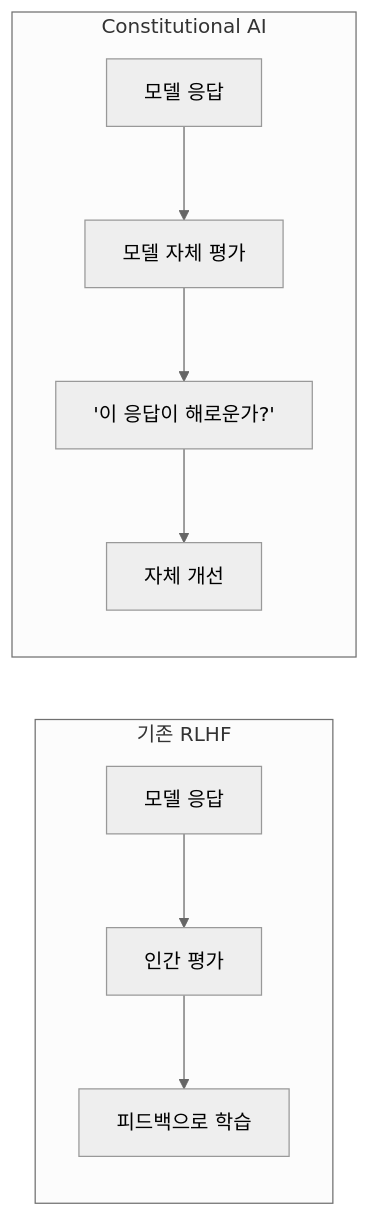
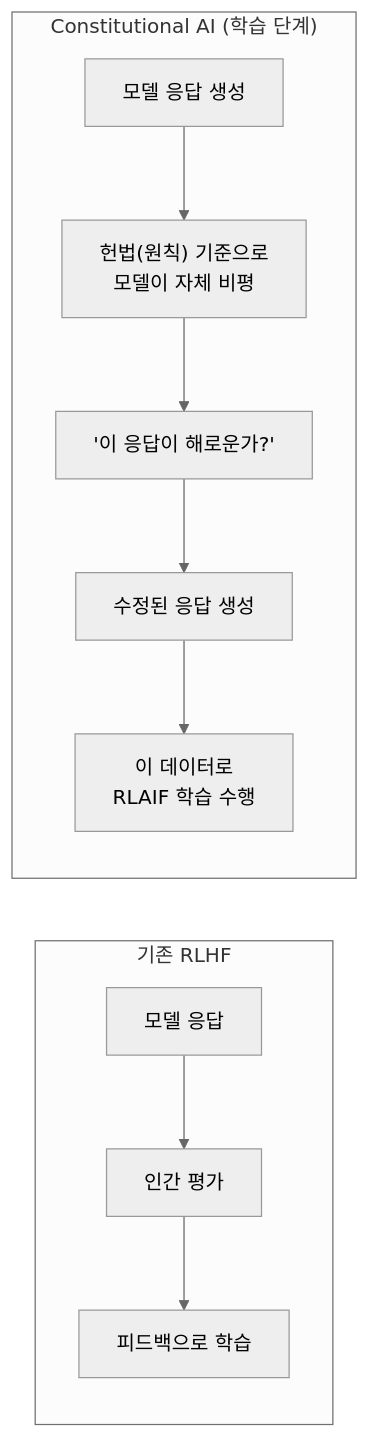
One commit to Epheria/Epheria.github.io changed diagram 32 of 38 in _posts/ML/2026-2-13-llm-guide.md. Above: the diagram before and after it, drawn with Mermaid (neutral theme). The commit also changed other lines of this file, not shown here.

````diff
--- a/_posts/ML/2026-2-13-llm-guide.md
+++ b/_posts/ML/2026-2-13-llm-guide.md
@@ -1438,13 +1446,14 @@
 ```mermaid
 flowchart LR
     subgraph Traditional["기존 RLHF"]
         T1["모델 응답"] --> T2["인간 평가"]
         T2 --> T3["피드백으로 학습"]
     end
 
-    subgraph Constitutional["Constitutional AI"]
-        C1["모델 응답"] --> C2["모델 자체 평가"]
+    subgraph Constitutional["Constitutional AI (학습 단계)"]
+        C1["모델 응답 생성"] --> C2["헌법(원칙) 기준으로<br/>모델이 자체 비평"]
         C2 --> C3["'이 응답이 해로운가?'"]
-        C3 --> C4["자체 개선"]
+        C3 --> C4["수정된 응답 생성"]
+        C4 --> C5["이 데이터로<br/>RLAIF 학습 수행"]
     end
 ```
````
